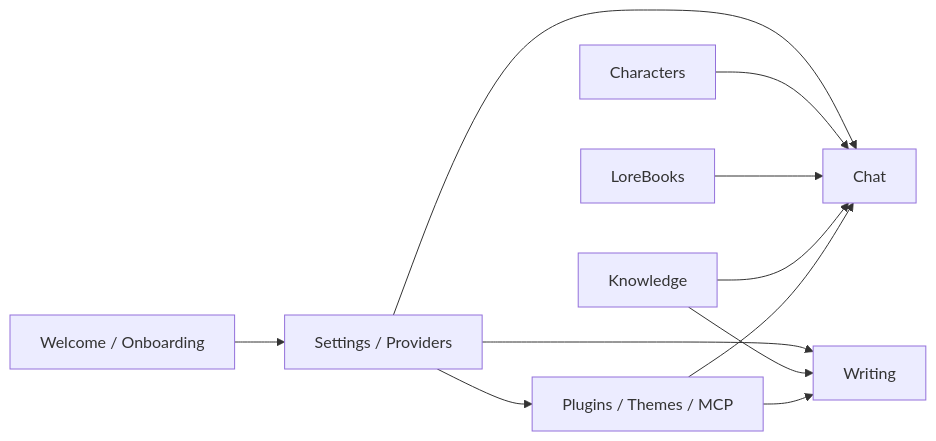
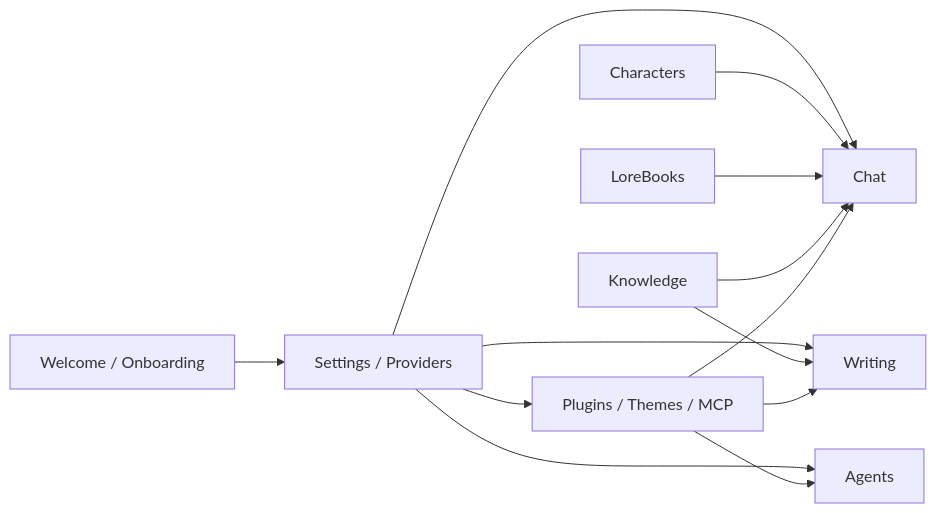
Before and after one commit to tg-prplx/vellium: the diagram in docs/vellium/README.md, drawn with Mermaid. The commit also changed other lines of this file and 3 other files, not shown here.

````diff
--- a/docs/vellium/README.md
+++ b/docs/vellium/README.md
@@ -35,13 +36,15 @@
 ```mermaid
 flowchart LR
   A["Welcome / Onboarding"] --> B["Settings / Providers"]
   B --> C["Chat"]
   B --> D["Writing"]
   E["Characters"] --> C
   F["LoreBooks"] --> C
   G["Knowledge"] --> C
   G --> D
+  B --> I["Agents"]
   B --> H["Plugins / Themes / MCP"]
   H --> C
   H --> D
+  H --> I
 ```
````
